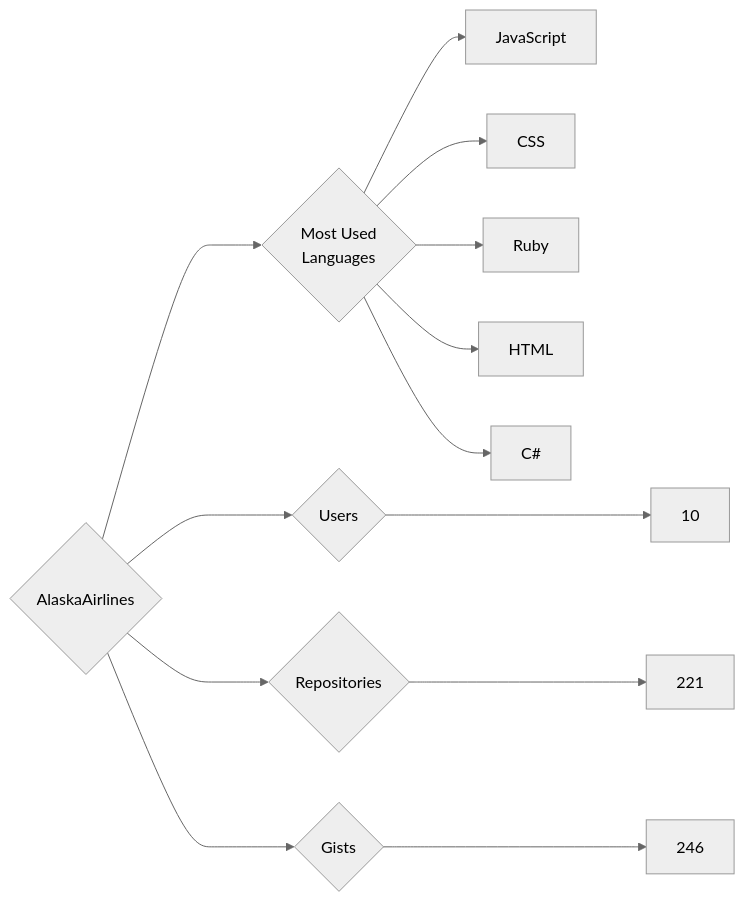
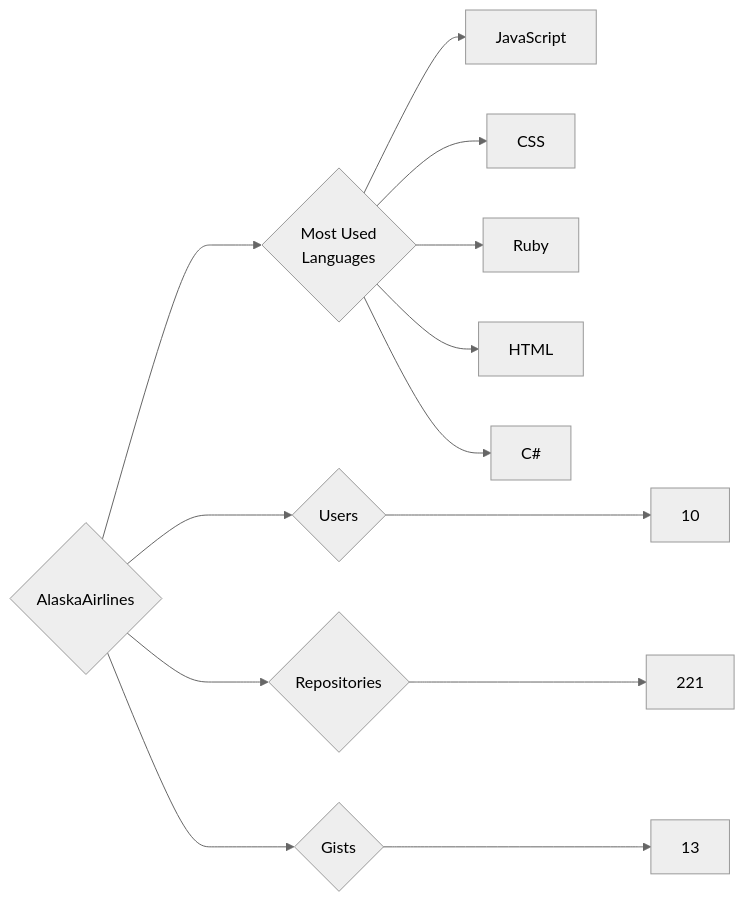
Before and after one commit to trickest/insiders: the diagram in targets/AlaskaAirlines/README.md, drawn with Mermaid (neutral theme). The commit also changed 924 other files, not shown here.

````diff
--- a/targets/AlaskaAirlines/README.md
+++ b/targets/AlaskaAirlines/README.md
@@ -3,13 +3,13 @@
 ```mermaid
 graph LR
 COMPANY_NAME{AlaskaAirlines}
 COMPANY_NAME ---> U{Users} ---> UN[10]
 COMPANY_NAME ---> R{Repositories} ---> RN[221]
-COMPANY_NAME ---> G{Gists} ---> GN[246]
+COMPANY_NAME ---> G{Gists} ---> GN[13]
 COMPANY_NAME ---> ML{Most Used<br>Languages}
 ML --> JavaScript[JavaScript]
 ML --> CSS[CSS]
 ML --> Ruby[Ruby]
 ML --> HTML[HTML]
 ML --> C#[C#]
 ```
````
